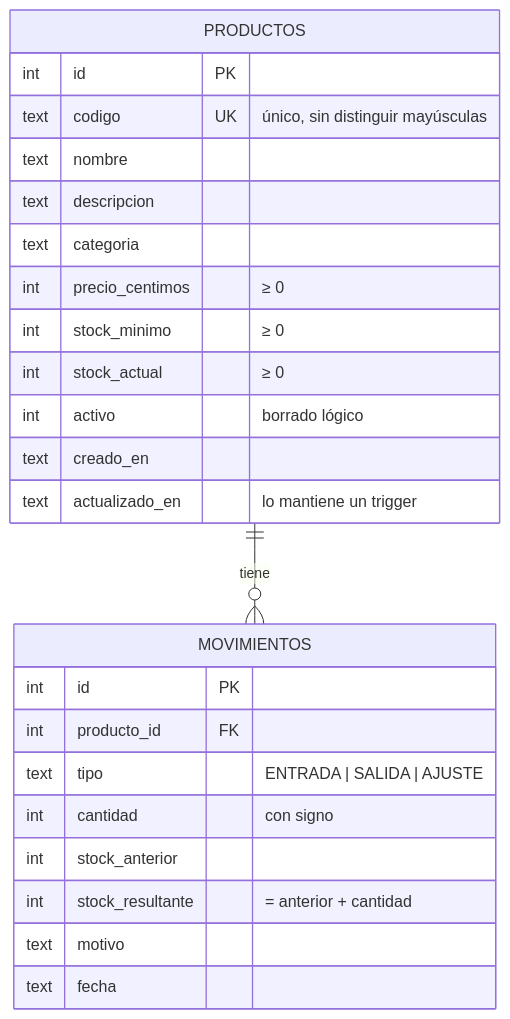
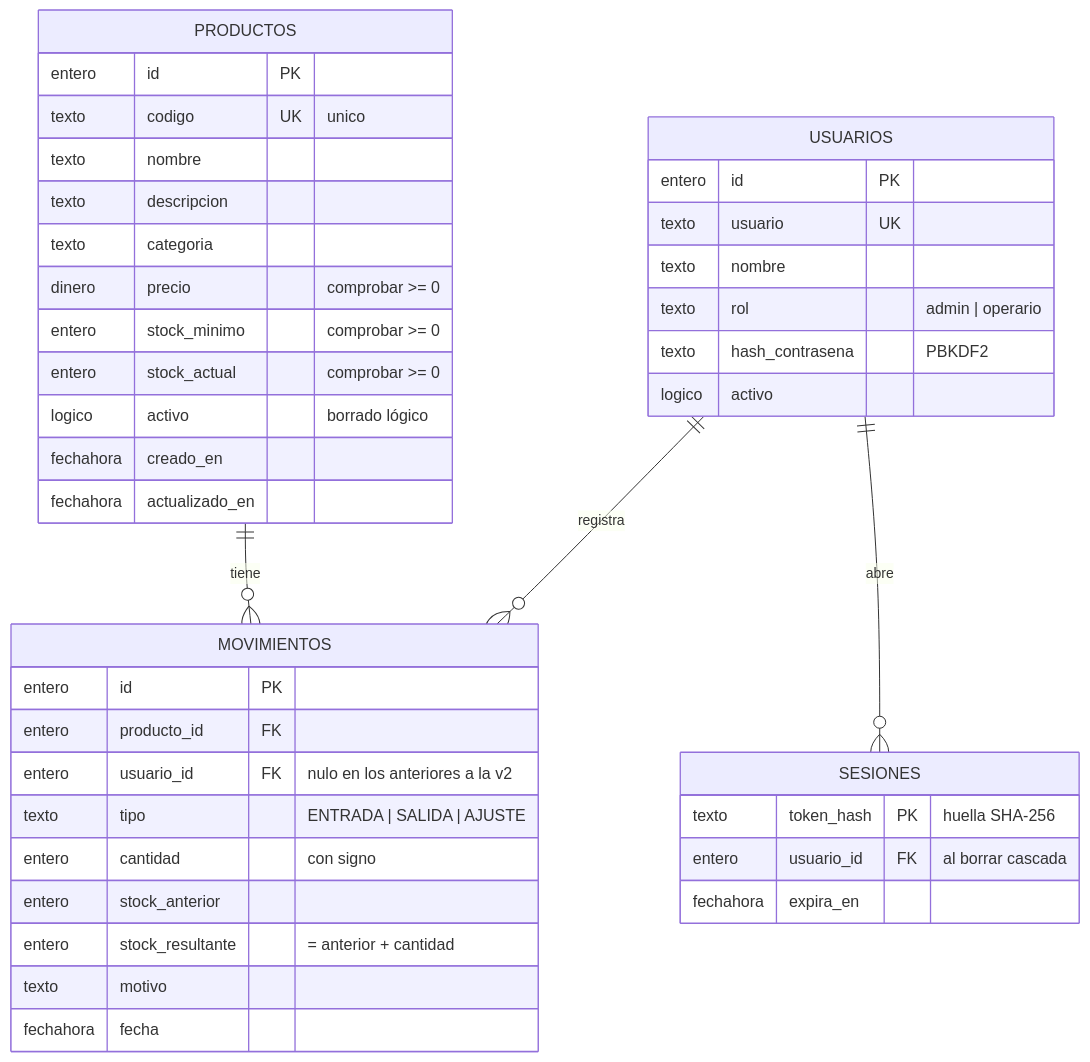
Before and after one commit to serenaesteve/Gestor-de-inventario: the diagram in README.md, drawn with Mermaid. The commit also changed other lines of this file and 45 other files, not shown here.

````diff
--- a/README.md
+++ b/README.md
@@ -79,27 +114,43 @@
 ```mermaid
 erDiagram
     PRODUCTOS ||--o{ MOVIMIENTOS : "tiene"
+    USUARIOS ||--o{ MOVIMIENTOS : "registra"
+    USUARIOS ||--o{ SESIONES : "abre"
     PRODUCTOS {
-        int id PK
-        text codigo UK "único, sin distinguir mayúsculas"
-        text nombre
-        text descripcion
-        text categoria
-        int precio_centimos "≥ 0"
-        int stock_minimo "≥ 0"
-        int stock_actual "≥ 0"
-        int activo "borrado lógico"
-        text creado_en
-        text actualizado_en "lo mantiene un trigger"
+        entero id PK
+        texto codigo UK "unico"
+        texto nombre
+        texto descripcion
+        texto categoria
+        dinero precio "comprobar >= 0"
+        entero stock_minimo "comprobar >= 0"
+        entero stock_actual "comprobar >= 0"
+        logico activo "borrado lógico"
+        fechahora creado_en
+        fechahora actualizado_en
     }
     MOVIMIENTOS {
-        int id PK
-        int producto_id FK
-        text tipo "ENTRADA | SALIDA | AJUSTE"
-        int cantidad "con signo"
-        int stock_anterior
-        int stock_resultante "= anterior + cantidad"
-        text motivo
-        text fecha
+        entero id PK
+        entero producto_id FK
+        entero usuario_id FK "nulo en los anteriores a la v2"
+        texto tipo "ENTRADA | SALIDA | AJUSTE"
+        entero cantidad "con signo"
+        entero stock_anterior
+        entero stock_resultante "= anterior + cantidad"
+        texto motivo
+        fechahora fecha
+    }
+    USUARIOS {
+        entero id PK
+        texto usuario UK
+        texto nombre
+        texto rol "admin | operario"
+        texto hash_contrasena "PBKDF2"
+        logico activo
+    }
+    SESIONES {
+        texto token_hash PK "huella SHA-256"
+        entero usuario_id FK "al borrar cascada"
+        fechahora expira_en
     }
 ```
````
